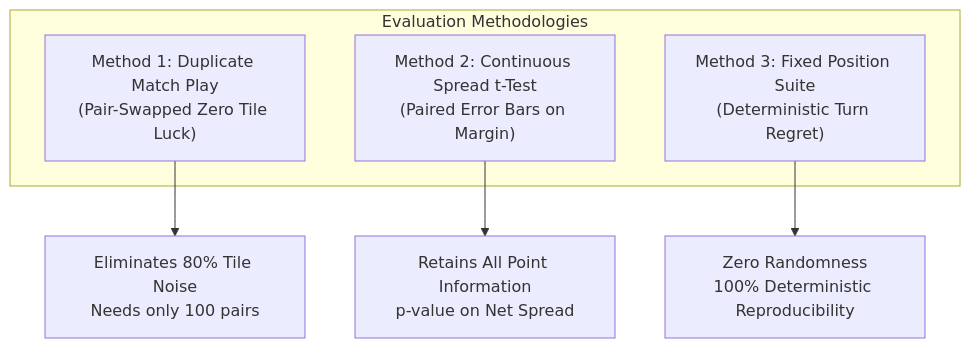
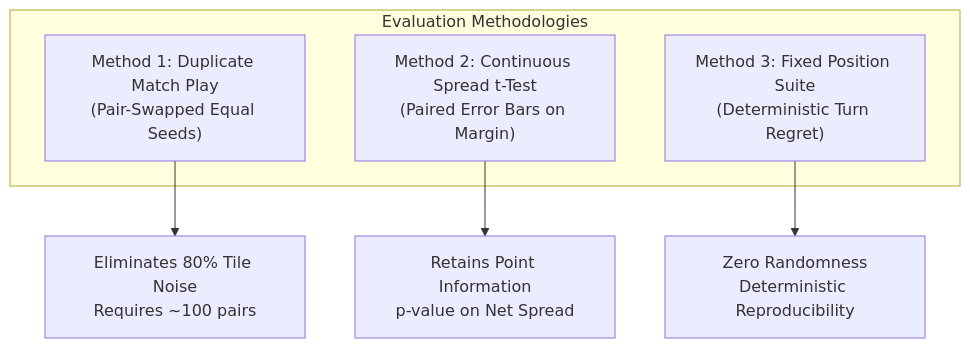
One commit to targed/Alphable changed the diagram in docs/STATISTICAL_SIGNIFICANCE_AND_BENCHMARKING_GUIDE.md. Above: the diagram before and after it, drawn with Mermaid. The commit also changed other lines of this file and 16 other files, not shown here.

````diff
--- a/docs/STATISTICAL_SIGNIFICANCE_AND_BENCHMARKING_GUIDE.md
+++ b/docs/STATISTICAL_SIGNIFICANCE_AND_BENCHMARKING_GUIDE.md
@@ -66,11 +67,11 @@
 ```mermaid
 graph TD
     subgraph Evaluation Methodologies
-        M1["Method 1: Duplicate Match Play<br>(Pair-Swapped Zero Tile Luck)"]
+        M1["Method 1: Duplicate Match Play<br>(Pair-Swapped Equal Seeds)"]
         M2["Method 2: Continuous Spread t-Test<br>(Paired Error Bars on Margin)"]
         M3["Method 3: Fixed Position Suite<br>(Deterministic Turn Regret)"]
     end
-    M1 --> RES1["Eliminates 80% Tile Noise<br>Needs only 100 pairs"]
-    M2 --> RES2["Retains All Point Information<br>p-value on Net Spread"]
-    M3 --> RES3["Zero Randomness<br>100% Deterministic Reproducibility"]
+    M1 --> RES1["Eliminates 80% Tile Noise<br>Requires ~100 pairs"]
+    M2 --> RES2["Retains Point Information<br>p-value on Net Spread"]
+    M3 --> RES3["Zero Randomness<br>Deterministic Reproducibility"]
 ```
````
